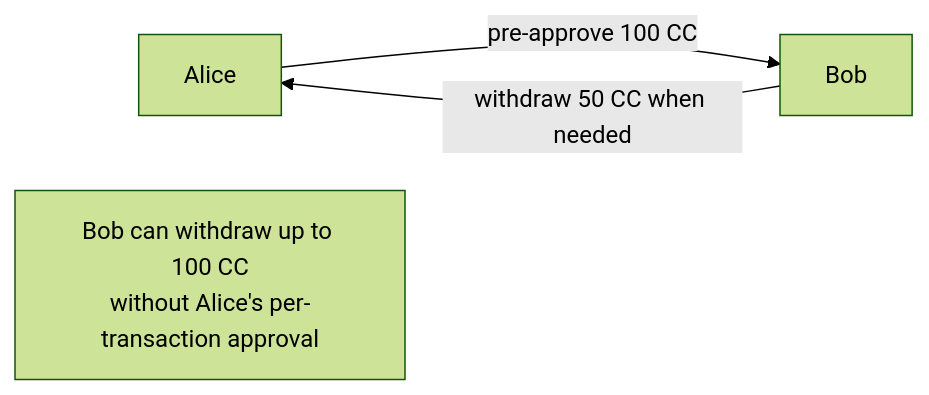
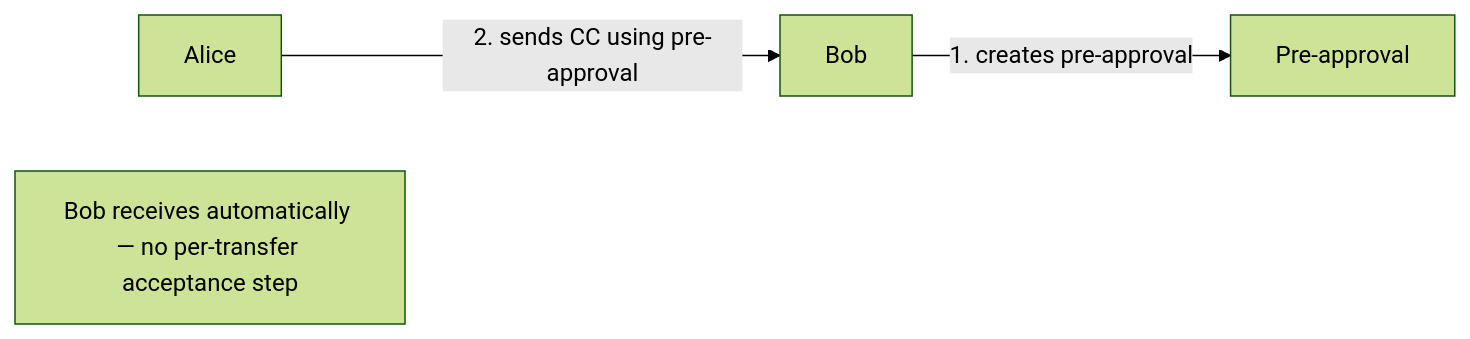
Before and after one commit to canton-network/cf-docs: the first of 4 diagrams in docs-main/integrations/wallets/canton-vs-web3.mdx, drawn with Mermaid (forest theme). The commit also changed other lines of this file and 3 other files, not shown here.

Commit message:
Correct CC privacy claims and pre-approval direction

````diff
--- a/docs-main/integrations/wallets/canton-vs-web3.mdx
+++ b/docs-main/integrations/wallets/canton-vs-web3.mdx
@@ -67,7 +67,6 @@
 ```mermaid
 flowchart LR
-    A[Alice] --> |pre-approve 100 CC| B[Bob]
-    B --> |withdraw 50 CC when needed| A
-
-    Note[Bob can withdraw up to 100 CC<br>without Alice's per-transaction approval]
+    B[Bob] -->|"1. creates pre-approval"| P[Pre-approval]
+    A[Alice] -->|"2. sends CC using pre-approval"| B
+    Note["Bob receives automatically — no per-transfer acceptance step"]
 ```
````
